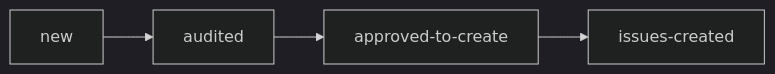
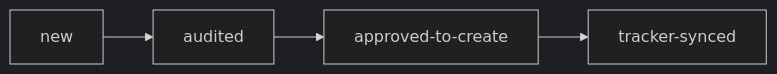
The diagram in docs/architecture/audit-architecture.md (Calibrax-ai/autoship), drawn with Mermaid (dark theme) before and after one commit. The commit also changed other lines of this file and 21 other files, not shown here.

````diff
--- a/docs/architecture/audit-architecture.md
+++ b/docs/architecture/audit-architecture.md
@@ -23,6 +23,6 @@
 ```mermaid
 flowchart LR
     A["new"] --> B["audited"]
     B --> C["approved-to-create"]
-    C --> D["issues-created"]
+    C --> D["tracker-synced"]
 ```
````
